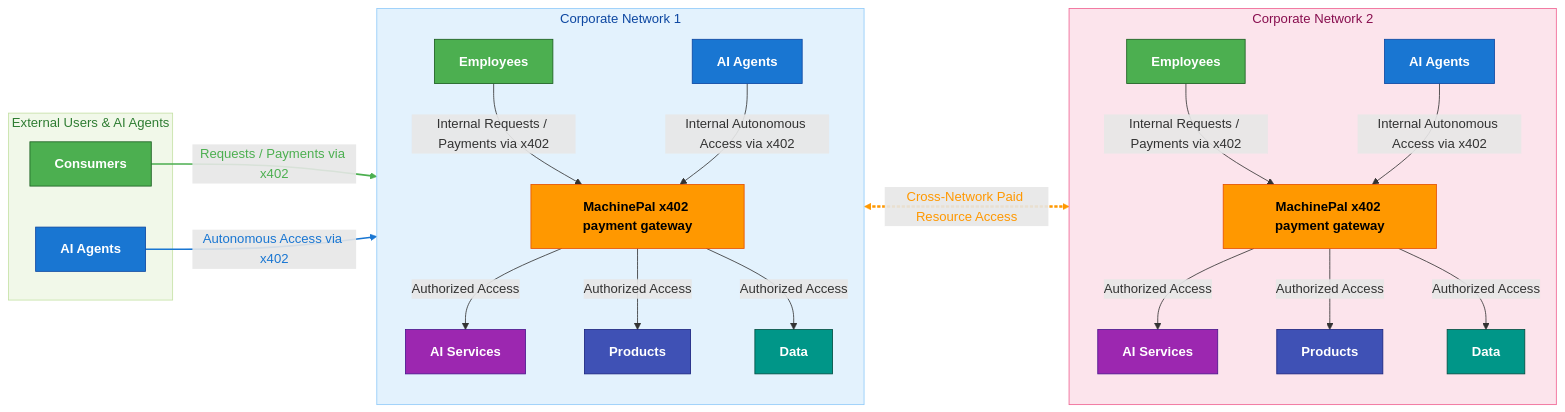
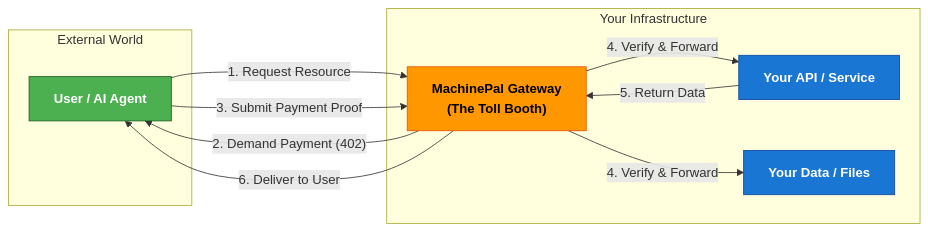
The diagram in README.md (skalenetwork/machinepal), drawn with Mermaid before and after one commit. The commit also changed other lines of this file, not shown here.

Commit message:
Enhance Docker workflow by improving image testing and updating README instructions

````diff
--- a/README.md
+++ b/README.md
@@ -88,87 +99,32 @@
 ```mermaid
 flowchart LR
-subgraph External_World["External Users & AI Agents"]
-U1["Consumers"]
-A1["AI Agents"]
+subgraph External_World["External World"]
+    U1["User / AI Agent"]
 end
 
-    %% Corporate Network 1
-    subgraph Corporate_Network["Corporate Network 1"]
-        direction TB
-        MP["MachinePal x402 payment gateway"]
-        AI1["AI Services"]
-        AI2["Products"]
-        AI3["Data"]
-        HU1["Employees"]
-        HA1["AI Agents"]
-    end
+subgraph Your_Infrastructure["Your Infrastructure"]
+    MP["MachinePal Gateway\n(The Toll Booth)"]
+    API["Your API / Service"]
+    DB["Your Data / Files"]
+end
 
-    %% Corporate Network 2
-    subgraph Corporate_Network_2["Corporate Network 2"]
-        direction TB
-        MP2["MachinePal x402 payment gateway"]
-        AI1B["AI Services"]
-        AI2B["Products"]
-        AI3B["Data"]
-        HU2["Employees"]
-        HA2["AI Agents"]
-    end
+%% Flow
+U1 -- "1. Request Resource" --> MP
+MP -- "2. Demand Payment (402)" --> U1
+U1 -- "3. Submit Payment Proof" --> MP
+MP -- "4. Verify & Forward" --> API
+MP -- "4. Verify & Forward" --> DB
+API -- "5. Return Data" --> MP
+MP -- "6. Deliver to User" --> U1
 
-    %% External access to Network 1
-    U1 -->|Requests / Payments via x402| MP
-    A1 -->|Autonomous Access via x402| MP
+%% Styling
+classDef gateway fill:#ff9800,stroke:#e65100,color:#000000,font-weight:600;
+classDef users fill:#4caf50,stroke:#1b5e20,color:#ffffff,font-weight:600;
+classDef services fill:#1976d2,stroke:#0d47a1,color:#ffffff,font-weight:600;
 
-    %% Authorized access (Network 1)
-    MP -->|Authorized Access| AI1
-    MP -->|Authorized Access| AI2
-    MP -->|Authorized Access| AI3
+MP:::gateway
+U1:::users
+API:::services
+DB:::services
 
-    %% Internal users (Network 1)
-    HU1 -->|Internal Requests / Payments via x402| MP
-    HA1 -->|Internal Autonomous Access via x402| MP
-
-    %% Internal users (Network 2)
-    HU2 -->|Internal Requests / Payments via x402| MP2
-    HA2 -->|Internal Autonomous Access via x402| MP2
-
-    %% Authorized access (Network 2)
-    MP2 -->|Authorized Access| AI1B
-    MP2 -->|Authorized Access| AI2B
-    MP2 -->|Authorized Access| AI3B
-
-    %% Aggregated cross-network paid resource exchange (bidirectional)
-    MP <-->|Cross-Network Paid Resource Access| MP2
-
-    %% Styling
-    classDef users fill:#4caf50,stroke:#1b5e20,color:#ffffff,font-weight:600;
-    classDef agents fill:#1976d2,stroke:#0d47a1,color:#ffffff,font-weight:600;
-    classDef gateway fill:#ff9800,stroke:#e65100,color:#000000,font-weight:600;
-    classDef services fill:#9c27b0,stroke:#4a148c,color:#ffffff,font-weight:600;
-    classDef docs fill:#3f51b5,stroke:#1a237e,color:#ffffff,font-weight:600;
-    classDef streams fill:#009688,stroke:#004d40,color:#ffffff,font-weight:600;
-
-    U1:::users
-    A1:::agents
-    HU1:::users
-    HA1:::agents
-    HU2:::users
-    HA2:::agents
-    MP:::gateway
-    MP2:::gateway
-    AI1:::services
-    AI2:::docs
-    AI3:::streams
-    AI1B:::services
-    AI2B:::docs
-    AI3B:::streams
-
-    style Corporate_Network fill:#e3f2fd,stroke:#90caf9,color:#0d47a1;
-    style Corporate_Network_2 fill:#fce4ec,stroke:#f06292,color:#880e4f;
-    style External_World fill:#f1f8e9,stroke:#c5e1a5,color:#2e7d32;
-
-    %% Link styling (external + aggregated cross-network)
-    linkStyle 0 stroke:#4caf50,color:#4caf50,stroke-width:2px;
-    linkStyle 1 stroke:#1976d2,color:#1976d2,stroke-width:2px;
-    %% Cross-network edge index (after preceding edges) is 12
-    linkStyle 12 stroke:#ff9800,color:#ff9800,stroke-width:3px,stroke-dasharray:4 2;
 ```
````
